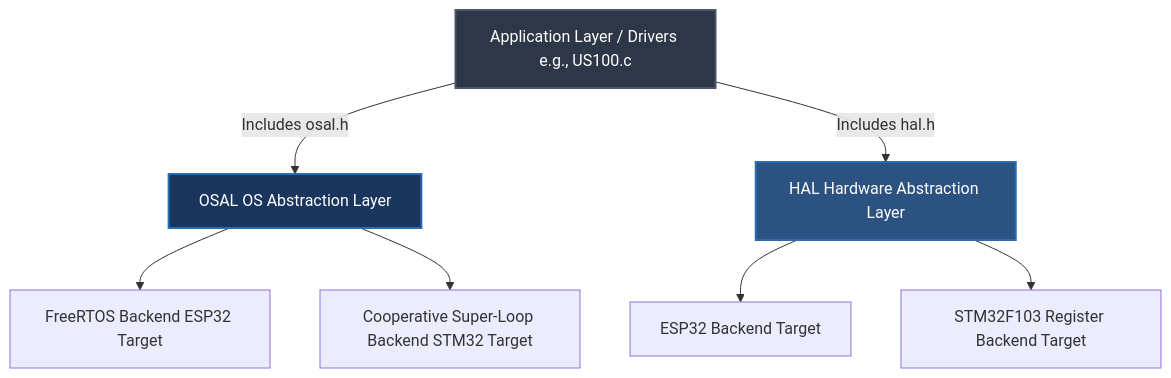
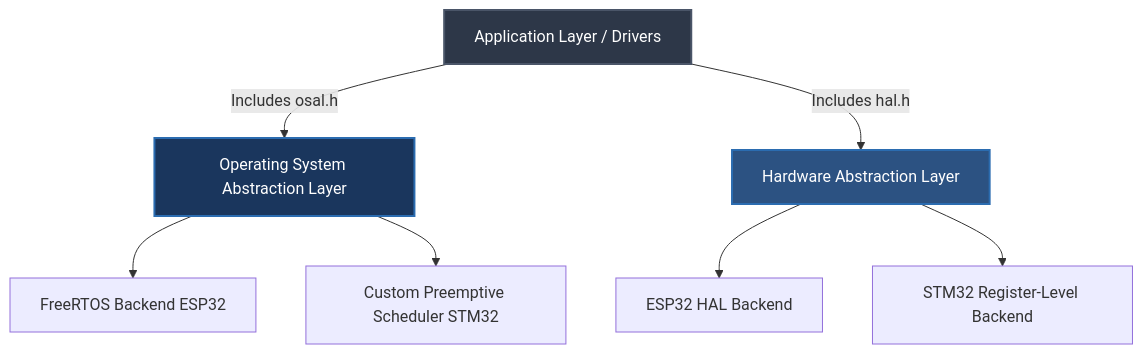
The diagram in modular_sensor_actuator/README.md (vangool/portable_framework), drawn with Mermaid before and after one commit. The commit also changed other lines of this file and 16 other files, not shown here.

Commit message:
Implemented basic level round robin preemptive scheduler for my basic OS

````diff
--- a/modular_sensor_actuator/README.md
+++ b/modular_sensor_actuator/README.md
@@ -11,15 +45,14 @@
 ```mermaid
-graph TD
-    App[Application Layer / Drivers e.g., US100.c] -->|Includes osal.h| OSAL[OSAL OS Abstraction Layer]
-    App -->|Includes hal.h| HAL[HAL Hardware Abstraction Layer]
-    
-    OSAL --> FreeRTOS[FreeRTOS Backend ESP32 Target]
-    OSAL --> SuperLoop[Cooperative Super-Loop Backend STM32 Target]
-    
-    HAL --> ESP_HAL[ESP32 Backend Target]
-    HAL --> STM_HAL[STM32F103 Register Backend Target]
+graph TD 
+        App[Application Layer / Drivers] -->|Includes osal.h| OSAL[Operating System Abstraction Layer] 
+        App -->|Includes hal.h| HAL[Hardware Abstraction Layer] 
 
-    style App fill:#2d3748,stroke:#4a5568,stroke-width:2px,color:#fff
-    style OSAL fill:#1a365d,stroke:#2b6cb0,stroke-width:2px,color:#fff
-    style HAL fill:#2c5282,stroke:#2b6cb0,stroke-width:2px,color:#fff
+        OSAL --> FreeRTOS[FreeRTOS Backend ESP32] 
+        OSAL --> STMKernel[Custom Preemptive Scheduler STM32] 
+        
+        HAL --> ESP_HAL[ESP32 HAL Backend]
+        HAL --> STM_HAL[STM32 Register-Level Backend] 
+        style App fill:#2d3748,stroke:#4a5568,stroke-width:2px,color:#fff 
+        style OSAL fill:#1a365d,stroke:#2b6cb0,stroke-width:2px,color:#fff 
+        style HAL fill:#2c5282,stroke:#2b6cb0,stroke-width:2px,color:#fff
 ```
````
